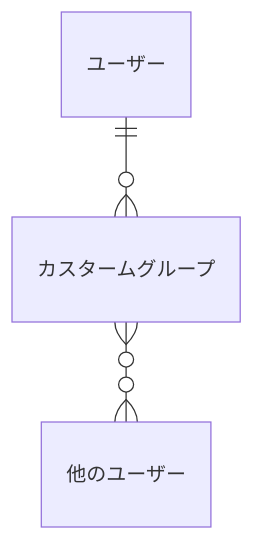
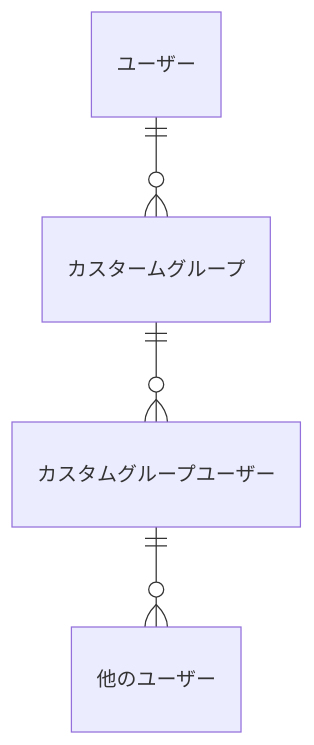
Before and after one commit to bright-org/bright: the tenth of 12 diagrams in docs/conceptual_schemas/users.md, drawn with Mermaid. The commit also changed other lines of this file, not shown here.

````diff
--- a/docs/conceptual_schemas/users.md
+++ b/docs/conceptual_schemas/users.md
@@ -147,5 +147,6 @@
 ```mermaid
 erDiagram
 "ユーザー"||--o{"カスタームグループ" : ""
-"カスタームグループ"}o--o{"他のユーザー" : ""
+"カスタームグループ"||--o{"カスタムグループユーザー" : ""
+"カスタムグループユーザー"||--o{"他のユーザー" : ""
 ```
````
